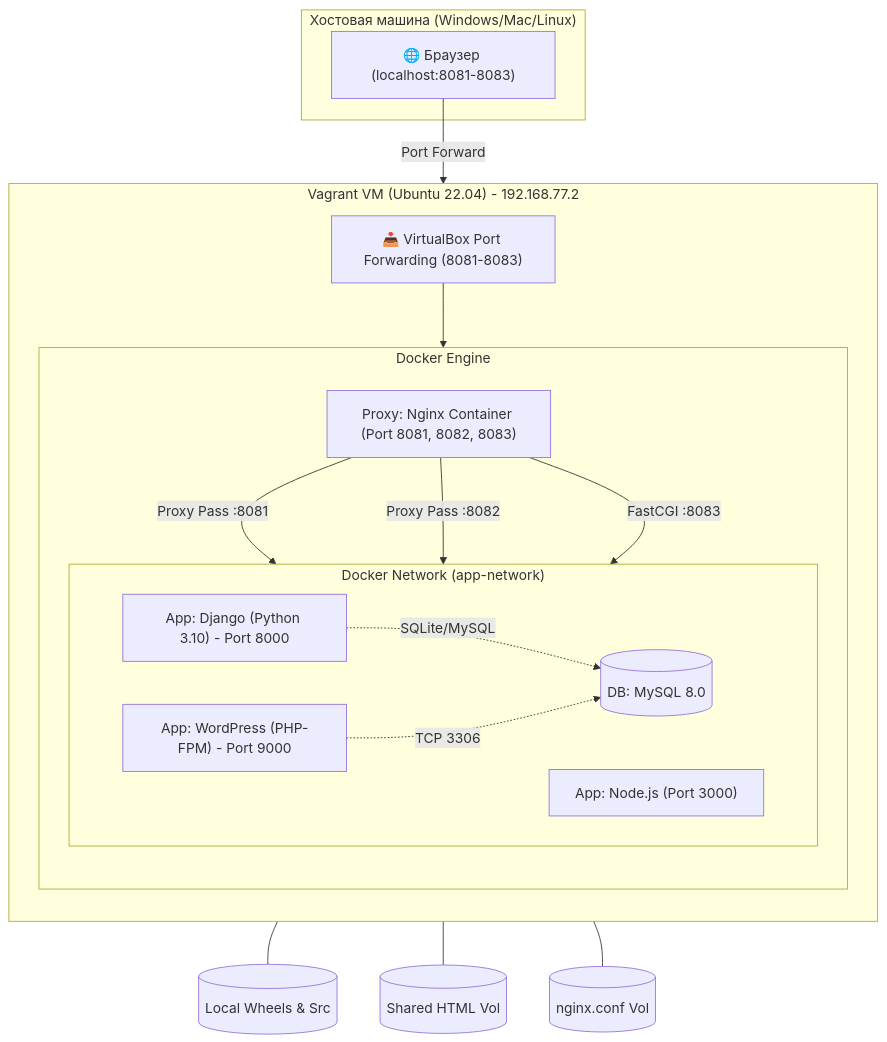
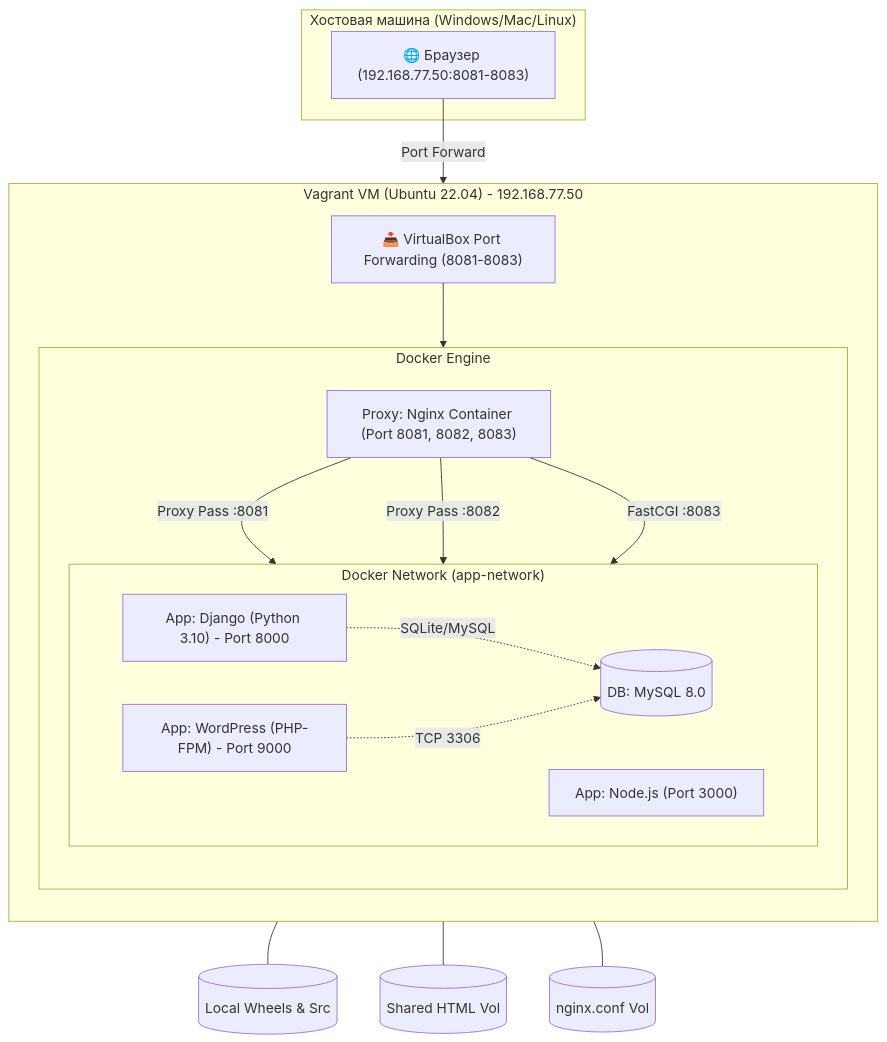
Before and after one commit to mrAlexbody/otus_linux-pro-2025-08: the diagram in 27_WEB/README.md, drawn with Mermaid. The commit also changed other lines of this file and 3 other files, not shown here.

````diff
--- a/27_WEB/README.md
+++ b/27_WEB/README.md
@@ -32,44 +32,44 @@
 ```mermaid
 graph TD
     subgraph Host_Machine ["Хостовая машина (Windows/Mac/Linux)"]
-        Browser["🌐 Браузер (localhost:8081-8083)"]
+        Browser["🌐 Браузер (192.168.77.50:8081-8083)"]
     end
 
-    subgraph Vagrant_VM ["Vagrant VM (Ubuntu 22.04) - 192.168.77.2"]
+    subgraph Vagrant_VM ["Vagrant VM (Ubuntu 22.04) - 192.168.77.50"]
         direction TB
         VB_Ports["📥 VirtualBox Port Forwarding (8081-8083)"]
         
         subgraph Docker_Engine ["Docker Engine"]
             direction TB
             
             NGINX["Proxy: Nginx Container (Port 8081, 8082, 8083)"]
             
             subgraph App_Network ["Docker Network (app-network)"]
                 direction LR
                 DJANGO["App: Django (Python 3.10) - Port 8000"]
                 NODE["App: Node.js (Port 3000)"]
                 WP["App: WordPress (PHP-FPM) - Port 9000"]
                 DB[("DB: MySQL 8.0")]
             end
         end
     end
 
     %% Трафик
     Browser -->|Port Forward| VB_Ports
     VB_Ports --> NGINX
 
     %% Распределение Nginx
     NGINX -->|Proxy Pass :8081| DJANGO
     NGINX -->|Proxy Pass :8082| NODE
     NGINX -->|FastCGI :8083| WP
 
     %% Связи с БД
     DJANGO -.->|SQLite/MySQL| DB
     WP -.->|TCP 3306| DB
 
     %% Volumes
     DJANGO --- V1[(Local Wheels & Src)]
     WP --- V2[(Shared HTML Vol)]
     NGINX --- V3[(nginx.conf Vol)]
 
 ```
````
